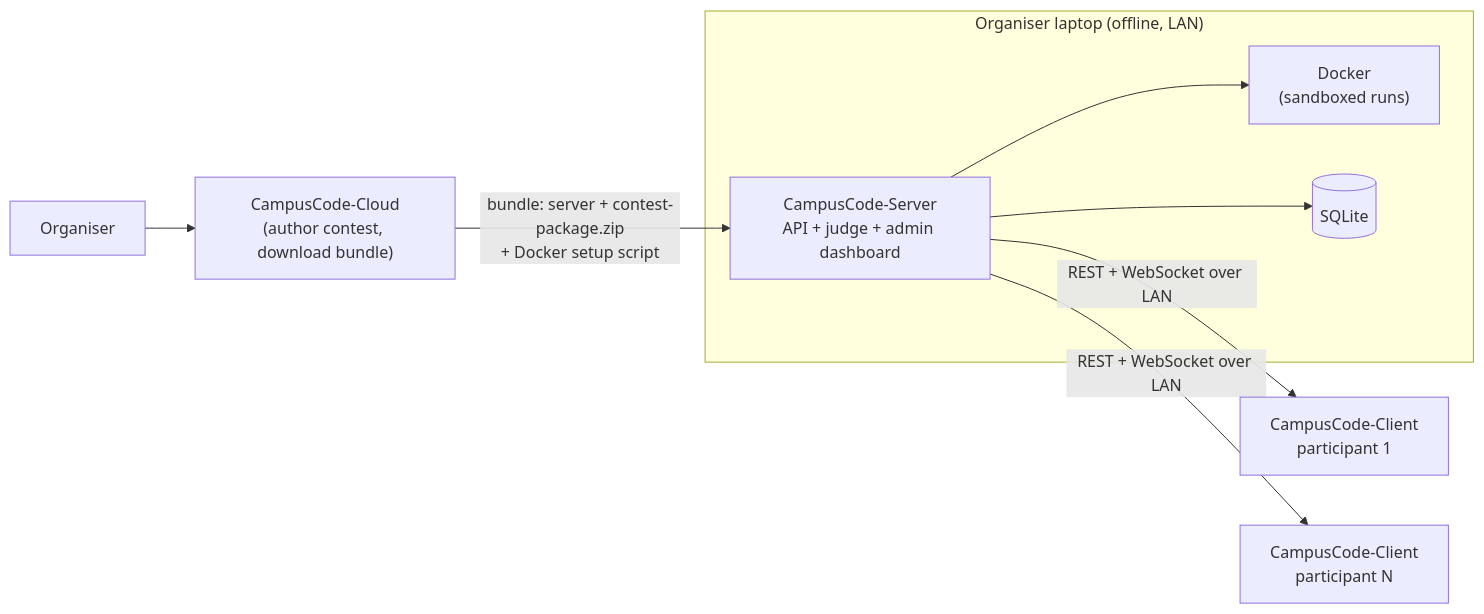
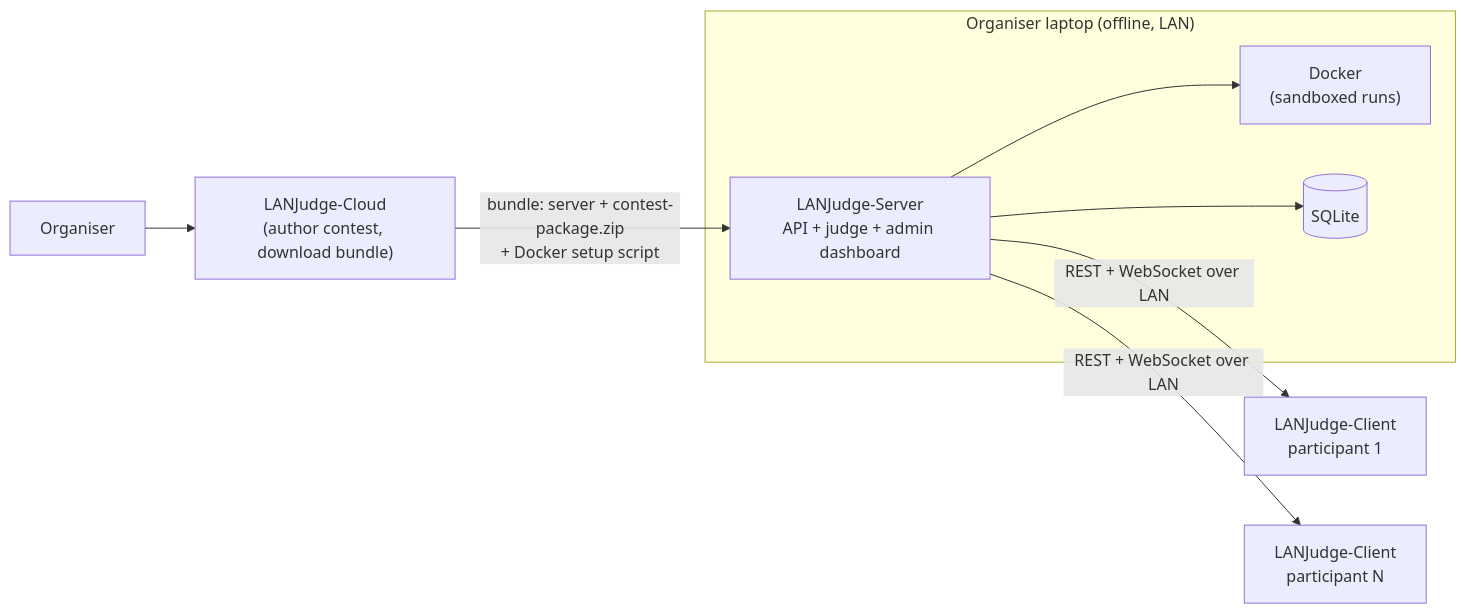
The first of 2 diagrams in README.md (Vivek-CSmajor/LANJudge-Server), drawn with Mermaid before and after one commit. The commit also changed other lines of this file and 35 other files, not shown here.

Commit message:
Rename project from CampusCode to LANJudge

````diff
--- a/README.md
+++ b/README.md
@@ -25,14 +25,14 @@
 ```mermaid
 graph LR
-    Org["Organiser"] --> Cloud["CampusCode-Cloud<br/>(author contest, download bundle)"]
+    Org["Organiser"] --> Cloud["LANJudge-Cloud<br/>(author contest, download bundle)"]
     Cloud -- "bundle: server + contest-package.zip<br/>+ Docker setup script" --> Server
     subgraph Laptop["Organiser laptop (offline, LAN)"]
-        Server["CampusCode-Server<br/>API + judge + admin dashboard"]
+        Server["LANJudge-Server<br/>API + judge + admin dashboard"]
         Docker["Docker<br/>(sandboxed runs)"]
         DB[("SQLite")]
         Server --> Docker
         Server --> DB
     end
-    Server -- "REST + WebSocket over LAN" --> C1["CampusCode-Client<br/>participant 1"]
-    Server -- "REST + WebSocket over LAN" --> C2["CampusCode-Client<br/>participant N"]
+    Server -- "REST + WebSocket over LAN" --> C1["LANJudge-Client<br/>participant 1"]
+    Server -- "REST + WebSocket over LAN" --> C2["LANJudge-Client<br/>participant N"]
 ```
````
